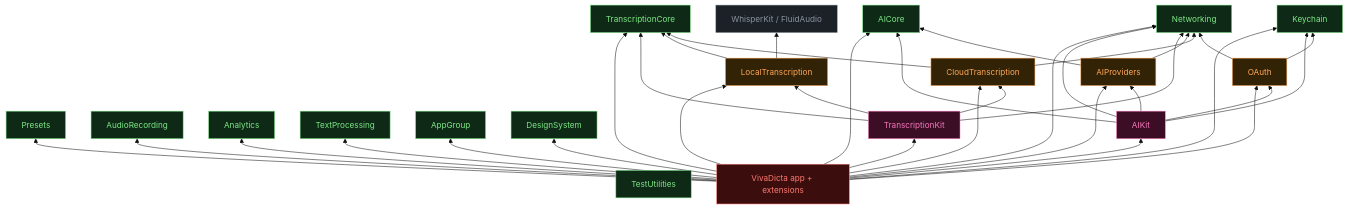
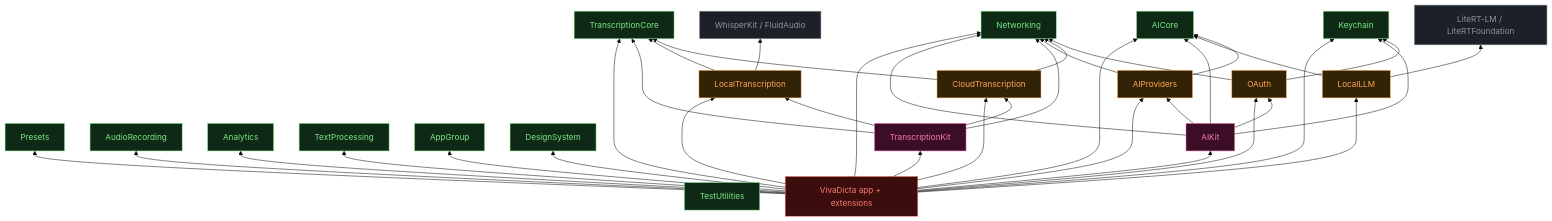
One commit to n0an/VivaDicta changed the second of 4 diagrams in README.md. Above: the diagram before and after it, drawn with Mermaid (base theme). The commit also changed other lines of this file and 2 other files, not shown here.

Commit message:
Split the model picker into free/paid tiers for Ollama Cloud and OpenCode Zen

````diff
--- a/README.md
+++ b/README.md
@@ -162,73 +162,78 @@
 ```mermaid
 graph BT
   classDef core fill:#0e2a16,stroke:#7ee787,color:#7ee787
   classDef adapter fill:#332306,stroke:#ffa657,color:#ffa657
   classDef orchestrator fill:#3b0e26,stroke:#f778ba,color:#f778ba
   classDef app fill:#3b0d0d,stroke:#ff7b72,color:#ff7b72
   classDef external fill:#1c2128,stroke:#8b949e,color:#8b949e
 
   %% Core
   Networking[Networking]:::core
   Keychain[Keychain]:::core
   Presets[Presets]:::core
   TranscriptionCore[TranscriptionCore]:::core
   AICore[AICore]:::core
   AudioRecording[AudioRecording]:::core
   Analytics[Analytics]:::core
   TextProcessing[TextProcessing]:::core
   AppGroup[AppGroup]:::core
   DesignSystem[DesignSystem]:::core
   TestUtilities[TestUtilities]:::core
 
   %% Adapters
   OAuth[OAuth]:::adapter
   CloudTranscription[CloudTranscription]:::adapter
   LocalTranscription[LocalTranscription]:::adapter
   AIProviders[AIProviders]:::adapter
+  LocalLLM[LocalLLM]:::adapter
 
   %% Orchestrators
   TranscriptionKit[TranscriptionKit]:::orchestrator
   AIKit[AIKit]:::orchestrator
 
   %% App
   VivaDicta[VivaDicta app + extensions]:::app
 
   %% External
   WhisperKit[WhisperKit / FluidAudio]:::external
+  LiteRT[LiteRT-LM / LiteRTFoundation]:::external
 
   OAuth --> Keychain
   OAuth --> Networking
   CloudTranscription --> TranscriptionCore
   CloudTranscription --> Networking
   LocalTranscription --> TranscriptionCore
   LocalTranscription --> WhisperKit
   AIProviders --> AICore
   AIProviders --> Networking
+  LocalLLM --> AICore
+  LocalLLM --> LiteRT
 
   TranscriptionKit --> TranscriptionCore
   TranscriptionKit --> CloudTranscription
   TranscriptionKit --> LocalTranscription
   TranscriptionKit --> Networking
   AIKit --> AICore
   AIKit --> AIProviders
   AIKit --> Keychain
   AIKit --> OAuth
   AIKit --> Networking
 
   VivaDicta --> TranscriptionKit
   VivaDicta --> AIKit
   VivaDicta --> CloudTranscription
   VivaDicta --> LocalTranscription
   VivaDicta --> OAuth
   VivaDicta --> AIProviders
+  VivaDicta --> LocalLLM
   VivaDicta --> TranscriptionCore
   VivaDicta --> AICore
   VivaDicta --> Keychain
   VivaDicta --> Networking
   VivaDicta --> Presets
   VivaDicta --> AudioRecording
   VivaDicta --> AppGroup
   VivaDicta --> Analytics
   VivaDicta --> TextProcessing
   VivaDicta --> DesignSystem
 ```
````
